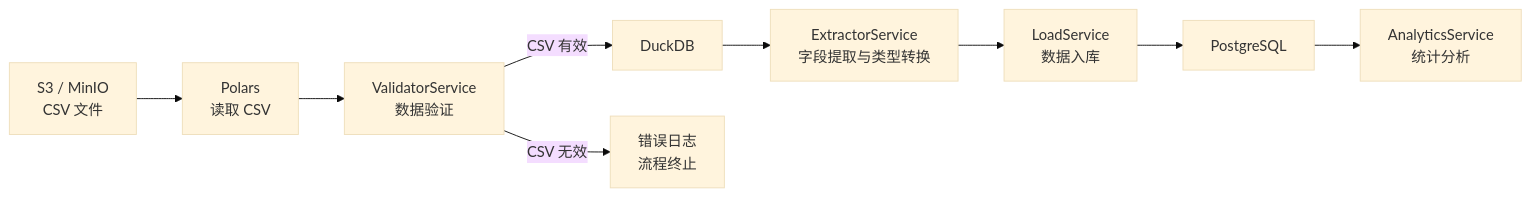
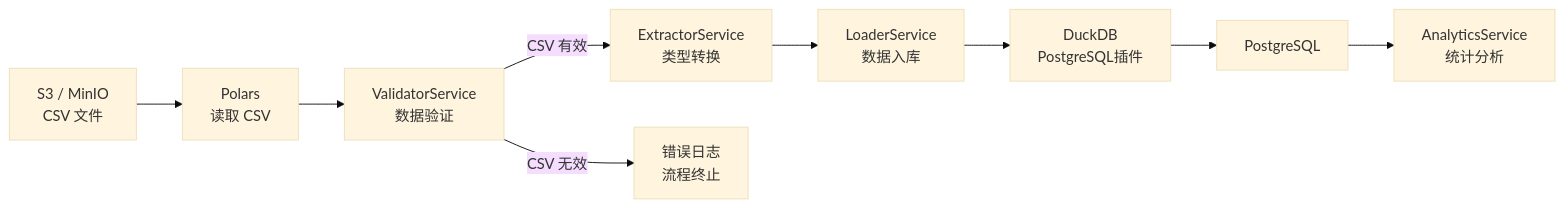
One commit to zhj0513/small_etl changed the diagram in doc/product.md. Above: the diagram before and after it, drawn with Mermaid (base theme). The commit also changed other lines of this file and 3 other files, not shown here.

````diff
--- a/doc/product.md
+++ b/doc/product.md
@@ -18,21 +18,21 @@
 ```mermaid
 flowchart LR
     S3[S3 / MinIO<br/>CSV 文件]
     Polars[Polars<br/>读取 CSV]
     Validate[ValidatorService<br/>数据验证]
-    DuckDB[DuckDB]
-    Extract[ExtractorService<br/>字段提取与类型转换]
-    Load[LoadService<br/>数据入库]
+    Transform[ExtractorService<br/>类型转换]
+    Load[LoaderService<br/>数据入库]
+    DuckDB[DuckDB<br/>PostgreSQL插件]
     PG[PostgreSQL]
     Analytics[AnalyticsService<br/>统计分析]
     Log[错误日志<br/>流程终止]
 
     S3 --> Polars
     Polars --> Validate
-    Validate -->|CSV 有效| DuckDB
+    Validate -->|CSV 有效| Transform
     Validate -->|CSV 无效| Log
-    DuckDB --> Extract
-    Extract --> Load
-    Load --> PG
+    Transform --> Load
+    Load --> DuckDB
+    DuckDB --> PG
     PG --> Analytics
 ```
````
